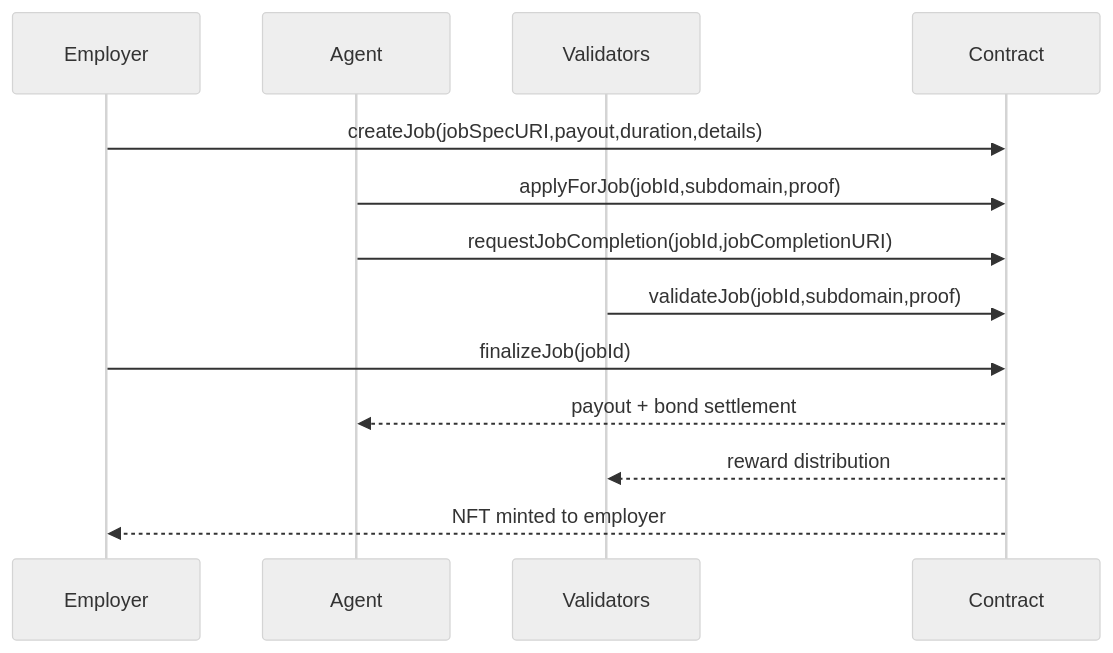
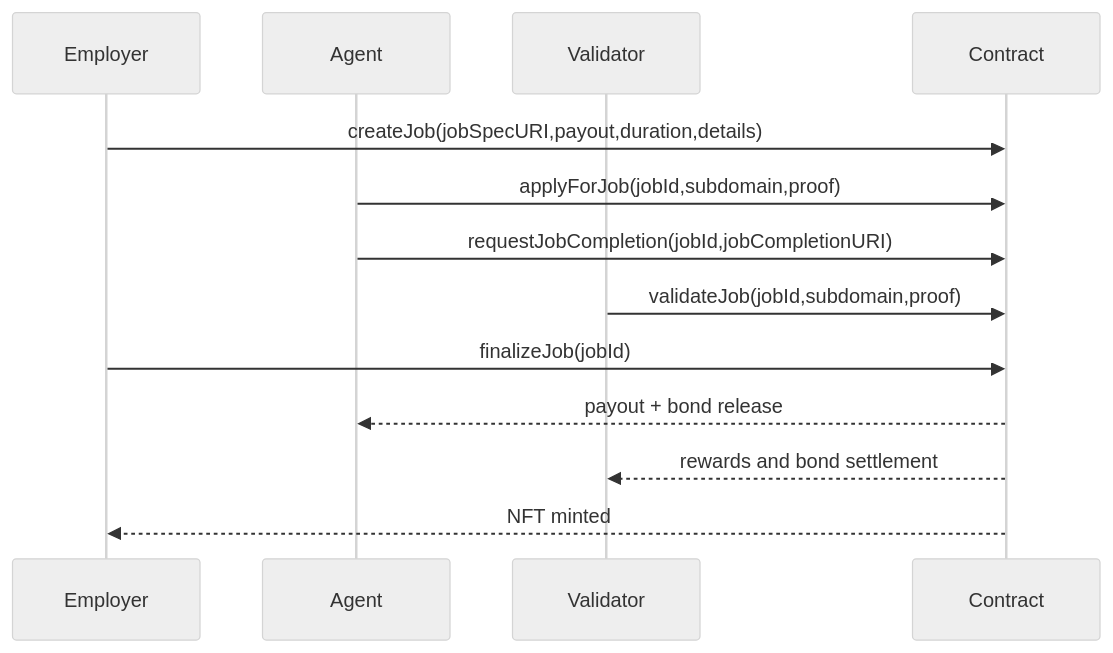
Before and after one commit to MontrealAI/AGIJobManager: the third of 4 diagrams in docs/DEPLOYMENT/OWNER_MAINNET_DEPLOYMENT_AND_OPERATIONS_GUIDE.md, drawn with Mermaid (neutral theme). The commit also changed other lines of this file and 1 other file, not shown here.

````diff
--- a/docs/DEPLOYMENT/OWNER_MAINNET_DEPLOYMENT_AND_OPERATIONS_GUIDE.md
+++ b/docs/DEPLOYMENT/OWNER_MAINNET_DEPLOYMENT_AND_OPERATIONS_GUIDE.md
@@ -340,16 +312,16 @@
 ```mermaid
 sequenceDiagram
   participant Employer
   participant Agent
-  participant Validators
+  participant Validator
   participant Contract
 
   Employer->>Contract: createJob(jobSpecURI,payout,duration,details)
   Agent->>Contract: applyForJob(jobId,subdomain,proof)
   Agent->>Contract: requestJobCompletion(jobId,jobCompletionURI)
-  Validators->>Contract: validateJob(jobId,subdomain,proof)
+  Validator->>Contract: validateJob(jobId,subdomain,proof)
   Employer->>Contract: finalizeJob(jobId)
-  Contract-->>Agent: payout + bond settlement
-  Contract-->>Validators: reward distribution
-  Contract-->>Employer: NFT minted to employer
+  Contract-->>Agent: payout + bond release
+  Contract-->>Validator: rewards and bond settlement
+  Contract-->>Employer: NFT minted
 ```
````
